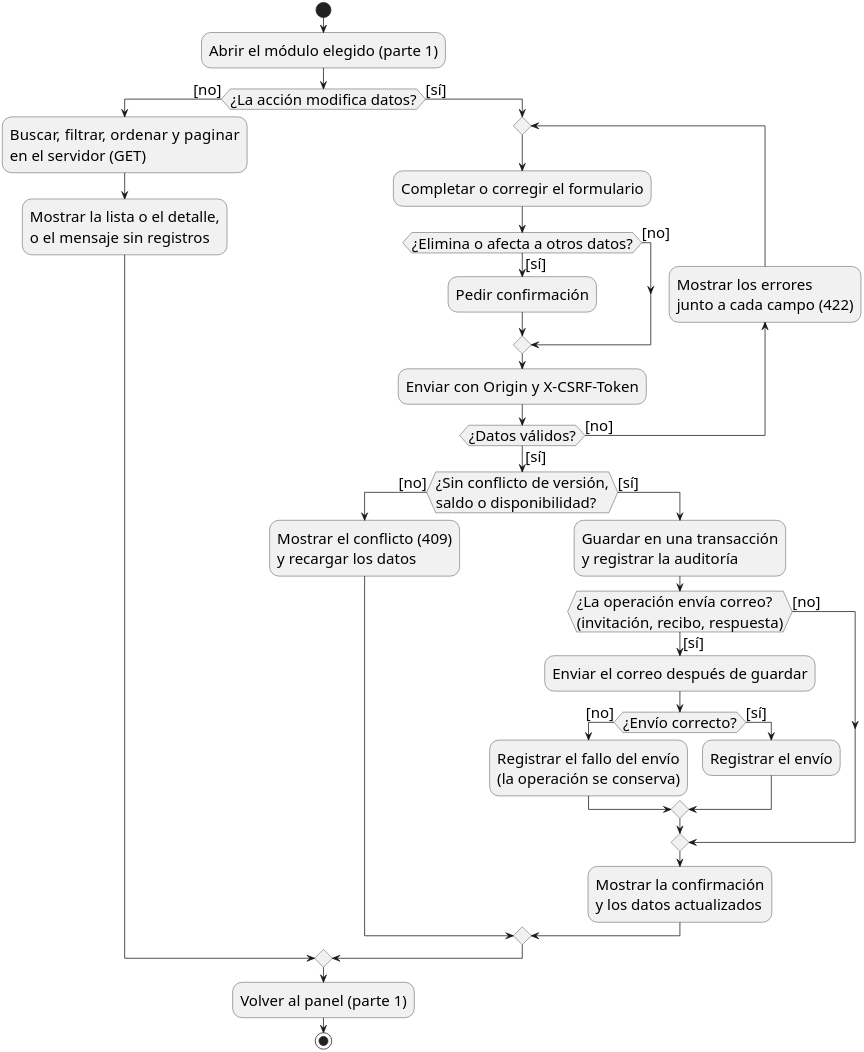
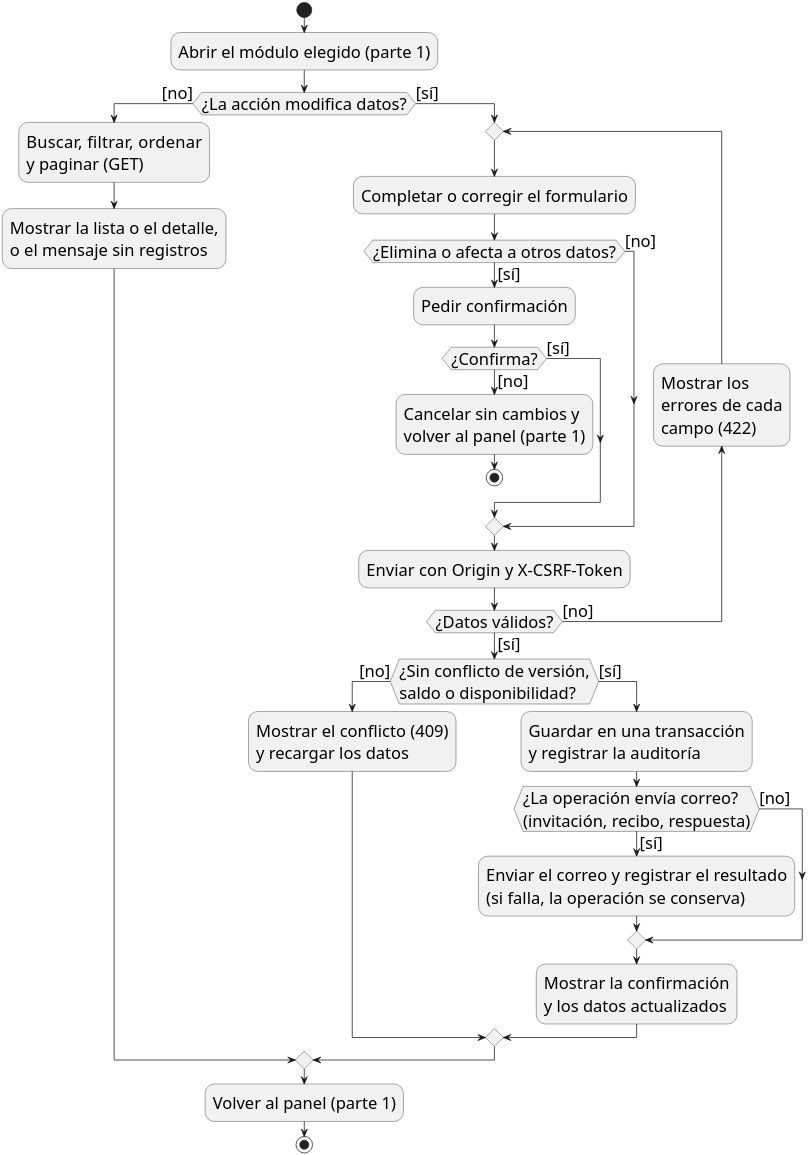
One commit to yilberDev/SoftPh-Academico changed the diagram in docs/entrega-objetivos/actividades/actividades-administrador-parte2.puml. Above: the diagram before and after it, drawn with PlantUML. The commit also changed 10 other files, not shown here.

First line of the commit message:
docs(diagrams): separate payments relations, unify late-fee box, add confirmation

```diff
--- a/docs/entrega-objetivos/actividades/actividades-administrador-parte2.puml
+++ b/docs/entrega-objetivos/actividades/actividades-administrador-parte2.puml
@@ -1,55 +1,55 @@
 @startuml
 ' Diagrama de actividades UML del administrador, parte 2 de 2 (Figura 7, DA-01): la operación en un
 ' módulo del panel, con sus validaciones y su resultado. La parte 1 cubre el acceso y la navegación.
 ' Flujo tomado del código de la versión v1.1-academico:
 '   pages/admin/**            consultas GET con búsqueda, filtros, orden y paginación en el servidor;
 '                             diálogo de confirmación antes de eliminar o de cambios que afectan a otros
 '   lib/api/client.ts         escrituras con Origin y X-CSRF-Token
 '   backend/app/core/errors   422 con el campo y el motivo; 409 por versión, saldo o disponibilidad
 '   backend/app/services/*    una transacción por operación, con su registro en audit_logs; el correo
 '                             (invitación, recibo PDF, respuesta de feedback) se envía después de guardar
-'                             y su fallo queda registrado sin deshacer la operación
+'                             y su resultado (enviado o fallido) queda registrado sin deshacer la operación
 ' Cada decisión tiene sus dos guardas [sí] / [no] (if anidados, no elseif).
 skinparam dpi 300
 skinparam monochrome true
 skinparam backgroundColor white
 skinparam shadowing false
 skinparam defaultFontName Helvetica
-skinparam defaultFontSize 20
+skinparam defaultFontSize 22
 
 ' Título (no se dibuja; lo pone el pie de figura del informe): Flujo de actividades del administrador (DA-01), parte 2 de 2: operación en un módulo
 
 start
 :Abrir el módulo elegido (parte 1);
 if (¿La acción modifica datos?) then ([no])
-  :Buscar, filtrar, ordenar y paginar\nen el servidor (GET);
+  :Buscar, filtrar, ordenar\ny paginar (GET);
   :Mostrar la lista o el detalle,\no el mensaje sin registros;
 else ([sí])
   repeat
     :Completar o corregir el formulario;
     if (¿Elimina o afecta a otros datos?) then ([sí])
       :Pedir confirmación;
+      if (¿Confirma?) then ([no])
+        :Cancelar sin cambios y\nvolver al panel (parte 1);
+        stop
+      else ([sí])
+      endif
     else ([no])
     endif
     :Enviar con Origin y X-CSRF-Token;
-  backward:Mostrar los errores\njunto a cada campo (422);
+  backward:Mostrar los\nerrores de cada\ncampo (422);
   repeat while (¿Datos válidos?) is ([no]) not ([sí])
   if (¿Sin conflicto de versión,\nsaldo o disponibilidad?) then ([no])
     :Mostrar el conflicto (409)\ny recargar los datos;
   else ([sí])
     :Guardar en una transacción\ny registrar la auditoría;
     if (¿La operación envía correo?\n(invitación, recibo, respuesta)) then ([sí])
-      :Enviar el correo después de guardar;
-      if (¿Envío correcto?) then ([no])
-        :Registrar el fallo del envío\n(la operación se conserva);
-      else ([sí])
-        :Registrar el envío;
-      endif
+      :Enviar el correo y registrar el resultado\n(si falla, la operación se conserva);
     else ([no])
     endif
     :Mostrar la confirmación\ny los datos actualizados;
   endif
 endif
 :Volver al panel (parte 1);
 stop
 @enduml
```
